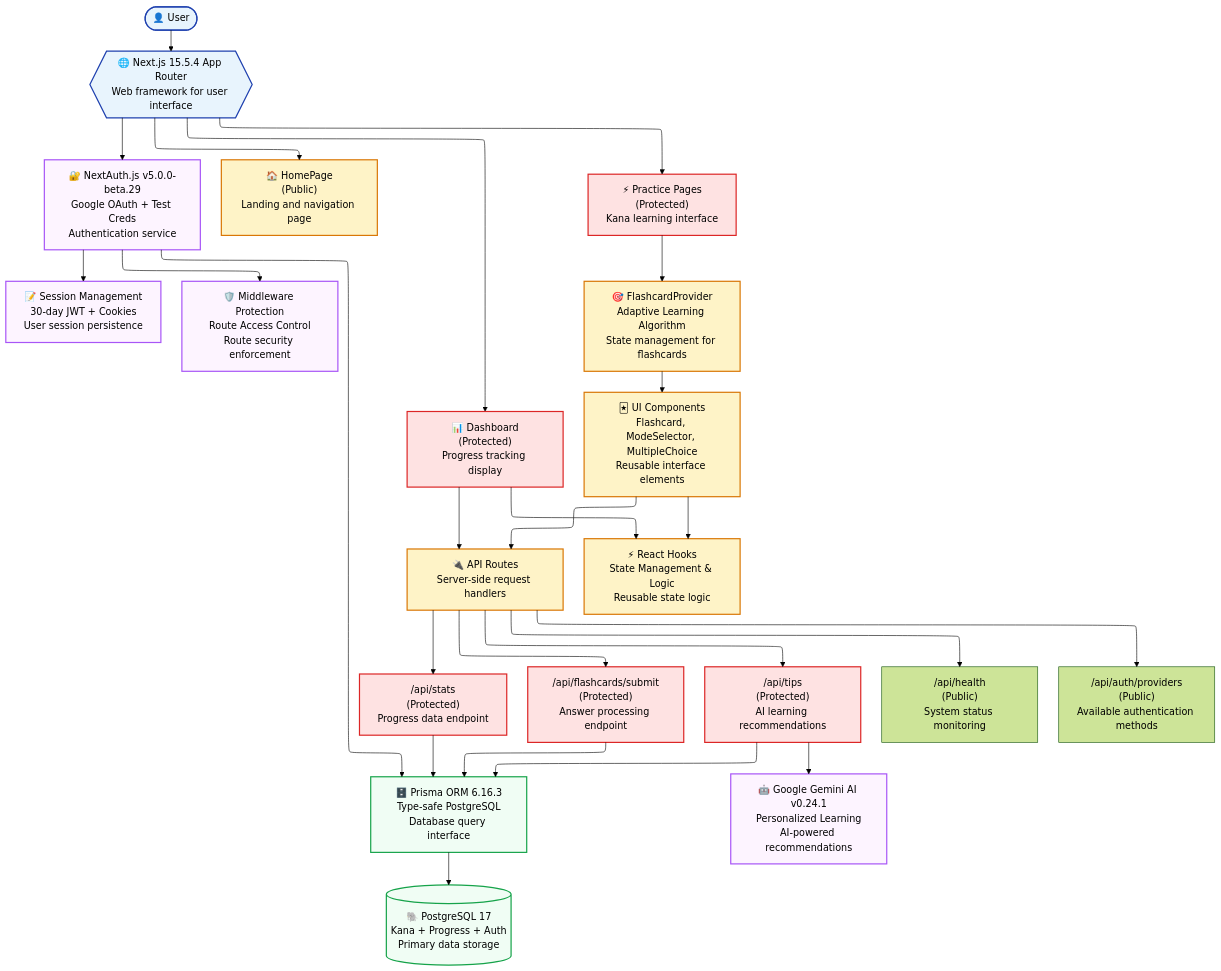
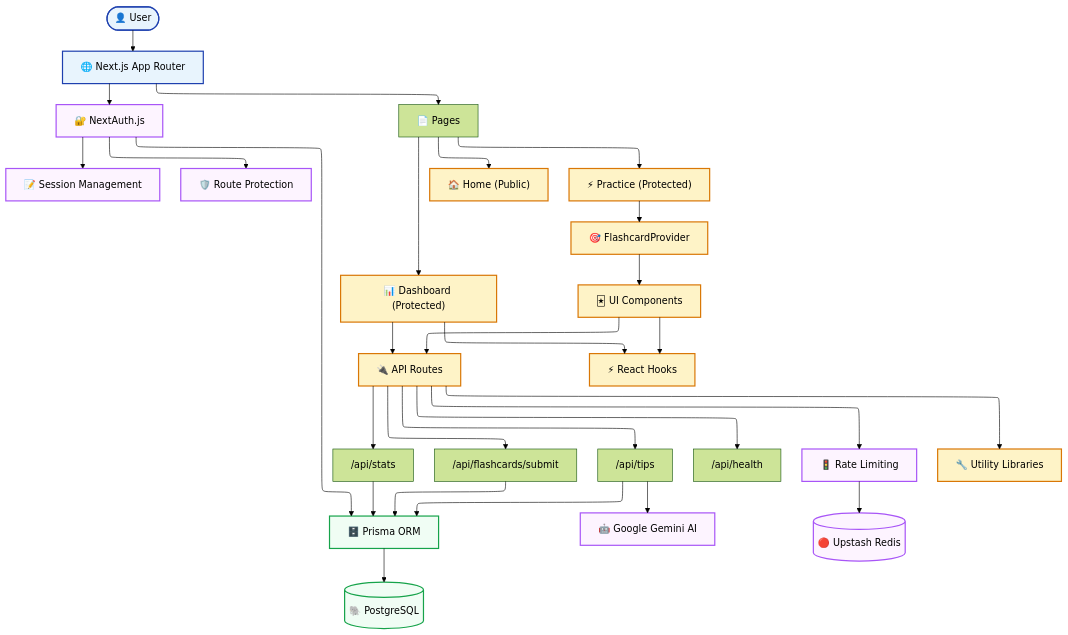
One commit to sakan811/SakuMari changed the diagram in docs/mermaid/system.mmd. Above: the diagram before and after it, drawn with Mermaid. The commit also changed 2 other files, not shown here.

Commit message:
docs: simplify Mermaid diagrams with cleaner structure

```diff
--- a/docs/mermaid/system.mmd
+++ b/docs/mermaid/system.mmd
@@ -1,59 +1,55 @@
 ---
 config:
   theme: 'forest'
   defaultRenderer: "elk"
   layout: elk
 ---
 flowchart TD
-    %% User Interface Layer
-    User([👤 User]) --> Browser{{"🌐 Next.js 15.5.4 App Router<br/>Web framework for user interface"}}
+    User([👤 User]) --> Browser["🌐 Next.js App Router"]
 
-    %% Authentication Flow
-    Browser --> Auth["🔐 NextAuth.js v5.0.0-beta.29<br/>Google OAuth + Test Creds<br/>Authentication service"]
-    Auth --> Session["📝 Session Management<br/>30-day JWT + Cookies<br/>User session persistence"]
-    Auth --> Middleware["🛡️ Middleware Protection<br/>Route Access Control<br/>Route security enforcement"]
+    Browser --> Auth["🔐 NextAuth.js"]
+    Auth --> Session["📝 Session Management"]
+    Auth --> Middleware["🛡️ Route Protection"]
 
-    %% Page Routes
-    Browser --> Home["🏠 HomePage<br/>(Public)<br/>Landing and navigation page"]
-    Browser --> Practice["⚡ Practice Pages<br/>(Protected)<br/>Kana learning interface"]
-    Browser --> Dashboard["📊 Dashboard<br/>(Protected)<br/>Progress tracking display"]
+    Browser --> Pages["📄 Pages"]
+    Pages --> Home["🏠 Home (Public)"]
+    Pages --> Practice["⚡ Practice (Protected)"]
+    Pages --> Dashboard["📊 Dashboard (Protected)"]
 
-    %% React Context & State
-    Practice --> Provider["🎯 FlashcardProvider<br/>Adaptive Learning Algorithm<br/>State management for flashcards"]
-    Provider --> Components["🃏 UI Components<br/>Flashcard, ModeSelector, MultipleChoice<br/>Reusable interface elements"]
+    Practice --> Provider["🎯 FlashcardProvider"]
+    Provider --> Components["🃏 UI Components"]
 
-    %% API Layer
-    Components --> API["🔌 API Routes<br/>Server-side request handlers"]
+    Components --> API["🔌 API Routes"]
     Dashboard --> API
-    API --> Stats["/api/stats<br/>(Protected)<br/>Progress data endpoint"]
-    API --> Submit["/api/flashcards/submit<br/>(Protected)<br/>Answer processing endpoint"]
-    API --> Tips["/api/tips<br/>(Protected)<br/>AI learning recommendations"]
-    API --> Health["/api/health<br/>(Public)<br/>System status monitoring"]
-    API --> AuthProviders["/api/auth/providers<br/>(Public)<br/>Available authentication methods"]
 
-    %% Data Layer
-    Stats --> Prisma["🗄️ Prisma ORM 6.16.3<br/>Type-safe PostgreSQL<br/>Database query interface"]
+    API --> Stats["/api/stats"]
+    API --> Submit["/api/flashcards/submit"]
+    API --> Tips["/api/tips"]
+    API --> Health["/api/health"]
+
+    Stats --> Prisma["🗄️ Prisma ORM"]
     Submit --> Prisma
     Tips --> Prisma
     Auth --> Prisma
-    Prisma --> DB[(🐘 PostgreSQL 17<br/>Kana + Progress + Auth<br/>Primary data storage)]
+    Prisma --> DB[(🐘 PostgreSQL)]
 
-    %% AI Integration
-    Tips --> Gemini["🤖 Google Gemini AI v0.24.1<br/>Personalized Learning<br/>AI-powered recommendations"]
+    Tips --> Gemini["🤖 Google Gemini AI"]
 
-    %% Custom Hooks
-    Components --> Hooks["⚡ React Hooks<br/>State Management & Logic<br/>Reusable state logic"]
+    Components --> Hooks["⚡ React Hooks"]
     Dashboard --> Hooks
 
-    %% Styling
+    API --> RateLimit["🚦 Rate Limiting"]
+    API --> Utils["🔧 Utility Libraries"]
+
+    RateLimit --> Redis[(🔴 Upstash Redis)]
+
     classDef userLayer fill:#e8f4fd,stroke:#1e40af,stroke-width:2px
     classDef appLayer fill:#fef3c7,stroke:#d97706,stroke-width:2px
     classDef dataLayer fill:#f0fdf4,stroke:#16a34a,stroke-width:2px
     classDef aiLayer fill:#fdf4ff,stroke:#a855f7,stroke-width:2px
-    classDef protectedRoute fill:#fee2e2,stroke:#dc2626,stroke-width:2px
+    classDef infraLayer fill:#fefce8,stroke:#eab308,stroke-width:2px
 
     class User,Browser userLayer
-    class Home,Practice,Dashboard,Provider,Components,API,Hooks appLayer
+    class Home,Practice,Dashboard,Provider,Components,API,Hooks,Utils appLayer
     class Prisma,DB dataLayer
-    class Auth,Session,Gemini,Middleware aiLayer
-    class Practice,Dashboard,Stats,Submit,Tips protectedRoute
+    class Auth,Session,Gemini,Middleware,RateLimit,Redis aiLayer
```
